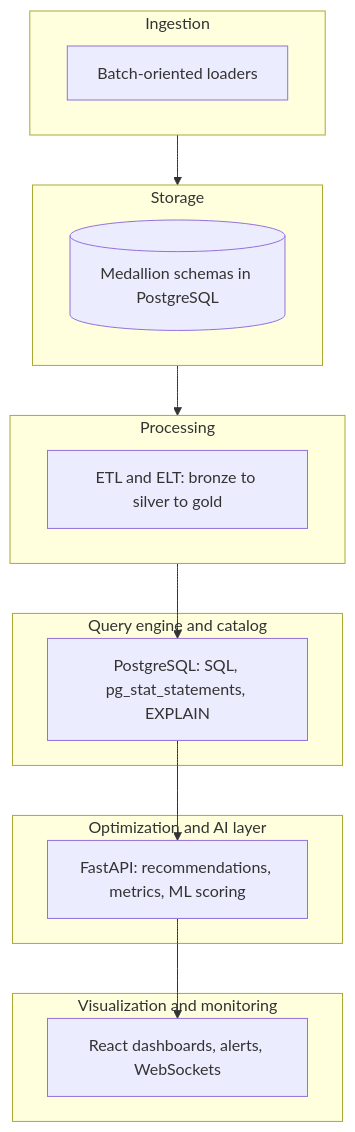
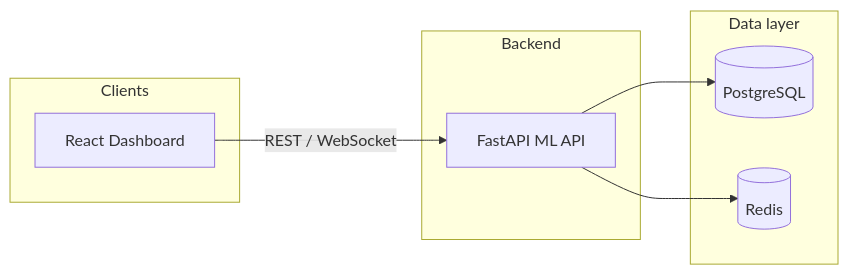
The diagram in README.md (Dataryx/AI_Powered_Self_Optimizing_Data_Warehouse), drawn with Mermaid before and after one commit. The commit also changed other lines of this file and 115 other files, not shown here.

````diff
--- a/README.md
+++ b/README.md
@@ -32,26 +34,16 @@
 ```mermaid
-flowchart TB
-  subgraph vis[Visualization and monitoring]
-    UI[React dashboards, alerts, WebSockets]
+flowchart LR
+  subgraph clients [Clients]
+    UI[React Dashboard]
   end
-  subgraph opt[Optimization and AI layer]
-    API[FastAPI: recommendations, metrics, ML scoring]
+  subgraph backend [Backend]
+    API[FastAPI ML API]
   end
-  subgraph qe[Query engine and catalog]
-    PG[PostgreSQL: SQL, pg_stat_statements, EXPLAIN]
+  subgraph data [Data layer]
+    PG[(PostgreSQL)]
+    RD[(Redis)]
   end
-  subgraph proc[Processing]
-    ETL[ETL and ELT: bronze to silver to gold]
-  end
-  subgraph stor[Storage]
-    MW[(Medallion schemas in PostgreSQL)]
-  end
-  subgraph ing[Ingestion]
-    BATCH[Batch-oriented loaders]
-  end
-  ing --> stor
-  stor --> proc
-  proc --> PG
-  PG --> API
-  API --> UI
+  UI -->|REST / WebSocket| API
+  API --> PG
+  API --> RD
 ```
````
